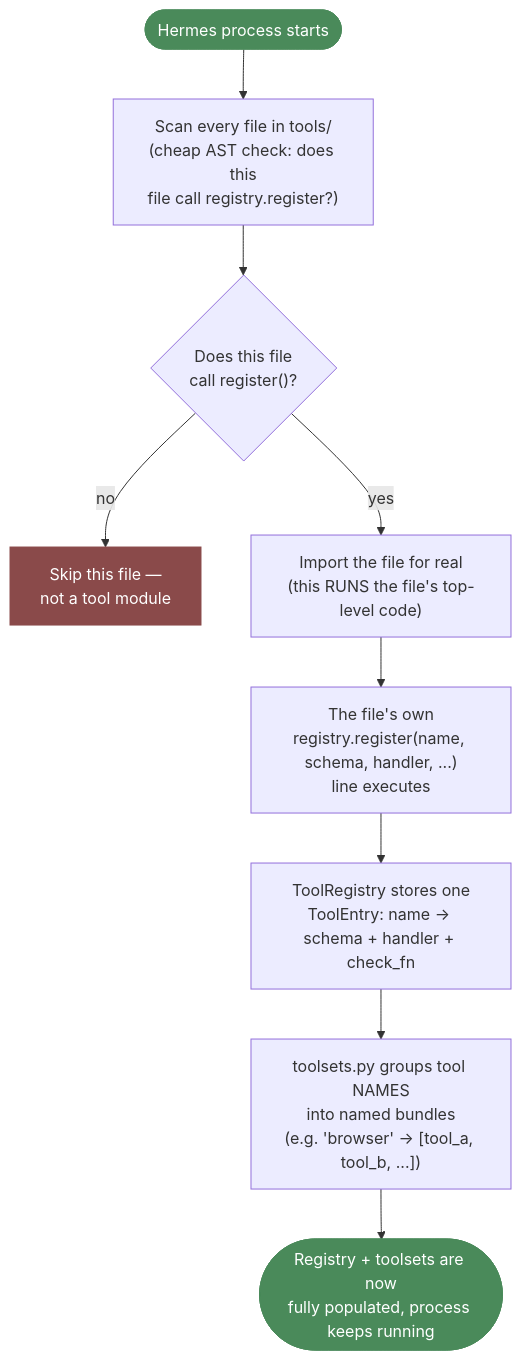
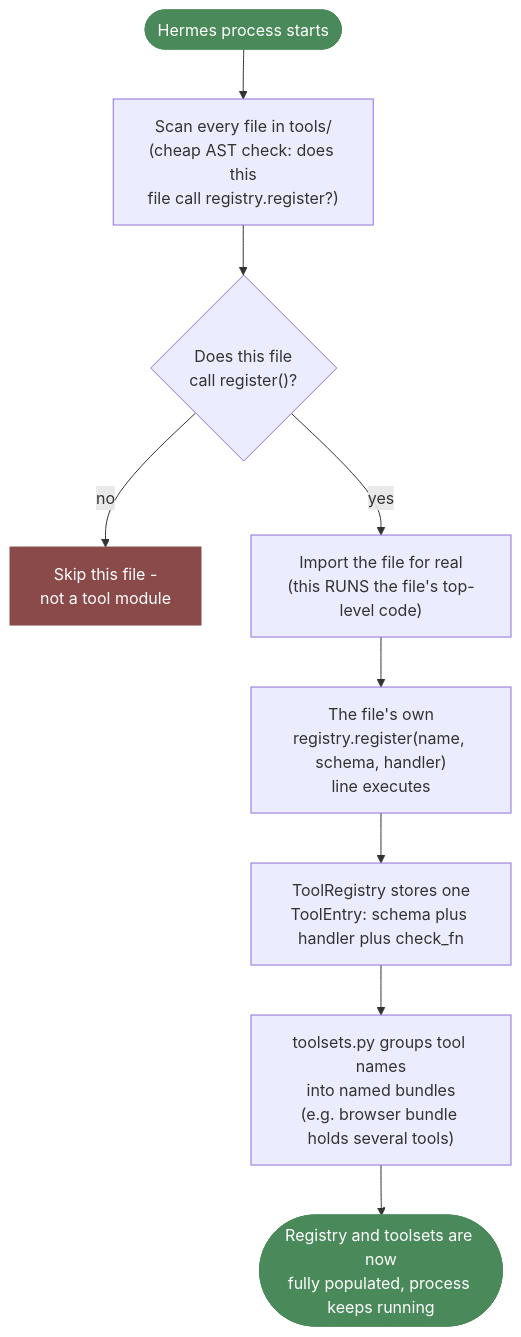
The first of 2 diagrams in docs/learn/day-02/02-tool-registry/00-big-picture.md (p229279-cmyk/oranare), drawn with Mermaid before and after one commit. The commit also changed other lines of this file, not shown here.

First line of the commit message:
Fix GitHub mermaid rendering errors in ToolRegistry big-picture doc

````diff
--- a/docs/learn/day-02/02-tool-registry/00-big-picture.md
+++ b/docs/learn/day-02/02-tool-registry/00-big-picture.md
@@ -55,20 +55,20 @@
 ```mermaid
 flowchart TB
     START(["Hermes process starts"])
     SCAN["Scan every file in tools/<br/>(cheap AST check: does this<br/>file call registry.register?)"]
     FILTER{"Does this file<br/>call register()?"}
-    SKIP["Skip this file —<br/>not a tool module"]
+    SKIP["Skip this file -<br/>not a tool module"]
     IMPORT["Import the file for real<br/>(this RUNS the file's top-level code)"]
-    REGCALL["The file's own<br/>registry.register(name, schema, handler, ...)<br/>line executes"]
-    STORE["ToolRegistry stores one<br/>ToolEntry: name -> schema + handler + check_fn"]
-    BUNDLE["toolsets.py groups tool NAMES<br/>into named bundles<br/>(e.g. 'browser' -> [tool_a, tool_b, ...])"]
-    READY(["Registry + toolsets are now<br/>fully populated, process keeps running"])
+    REGCALL["The file's own<br/>registry.register(name, schema, handler)<br/>line executes"]
+    STORE["ToolRegistry stores one<br/>ToolEntry: schema plus handler plus check_fn"]
+    BUNDLE["toolsets.py groups tool names<br/>into named bundles<br/>(e.g. browser bundle holds several tools)"]
+    READY(["Registry and toolsets are now<br/>fully populated, process keeps running"])
 
     START --> SCAN --> FILTER
-    FILTER -- "no" --> SKIP
-    FILTER -- "yes" --> IMPORT --> REGCALL --> STORE --> BUNDLE --> READY
+    FILTER -->|no| SKIP
+    FILTER -->|yes| IMPORT --> REGCALL --> STORE --> BUNDLE --> READY
 
     style START fill:#4a8a5a,stroke:#4a8a5a,color:#ffffff
     style READY fill:#4a8a5a,stroke:#4a8a5a,color:#ffffff
     style SKIP fill:#8a4a4a,stroke:#8a4a4a,color:#ffffff
 ```
````
